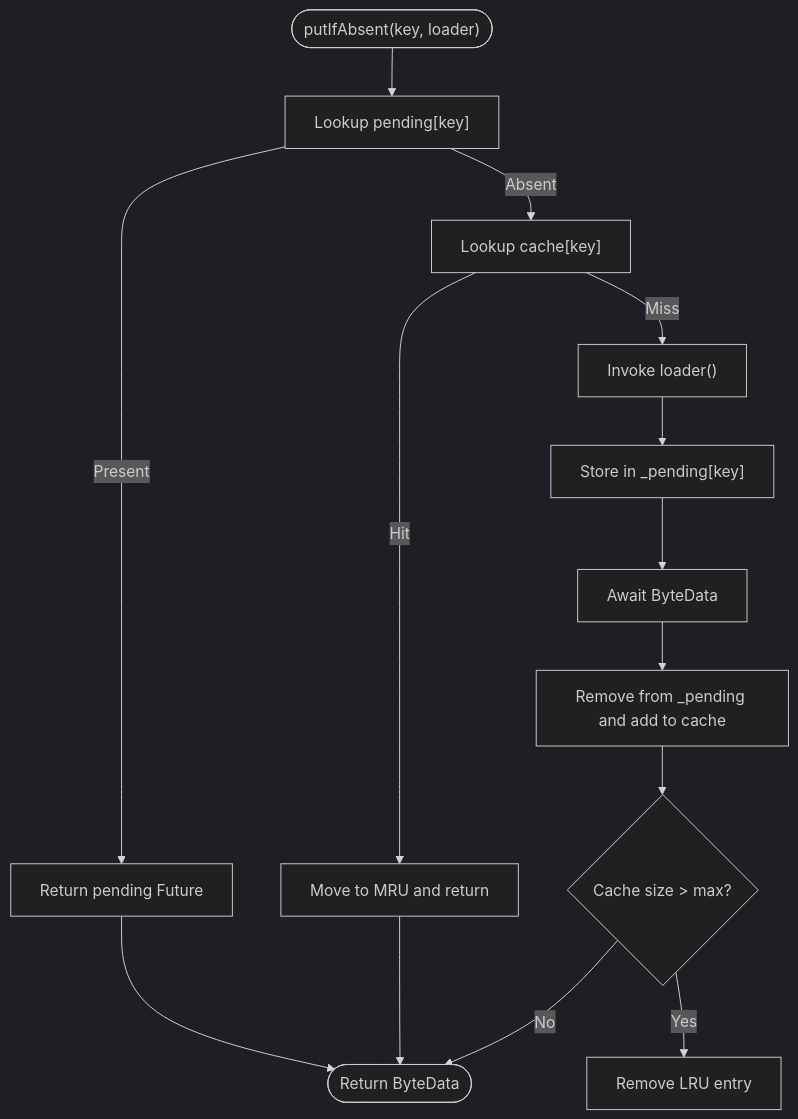
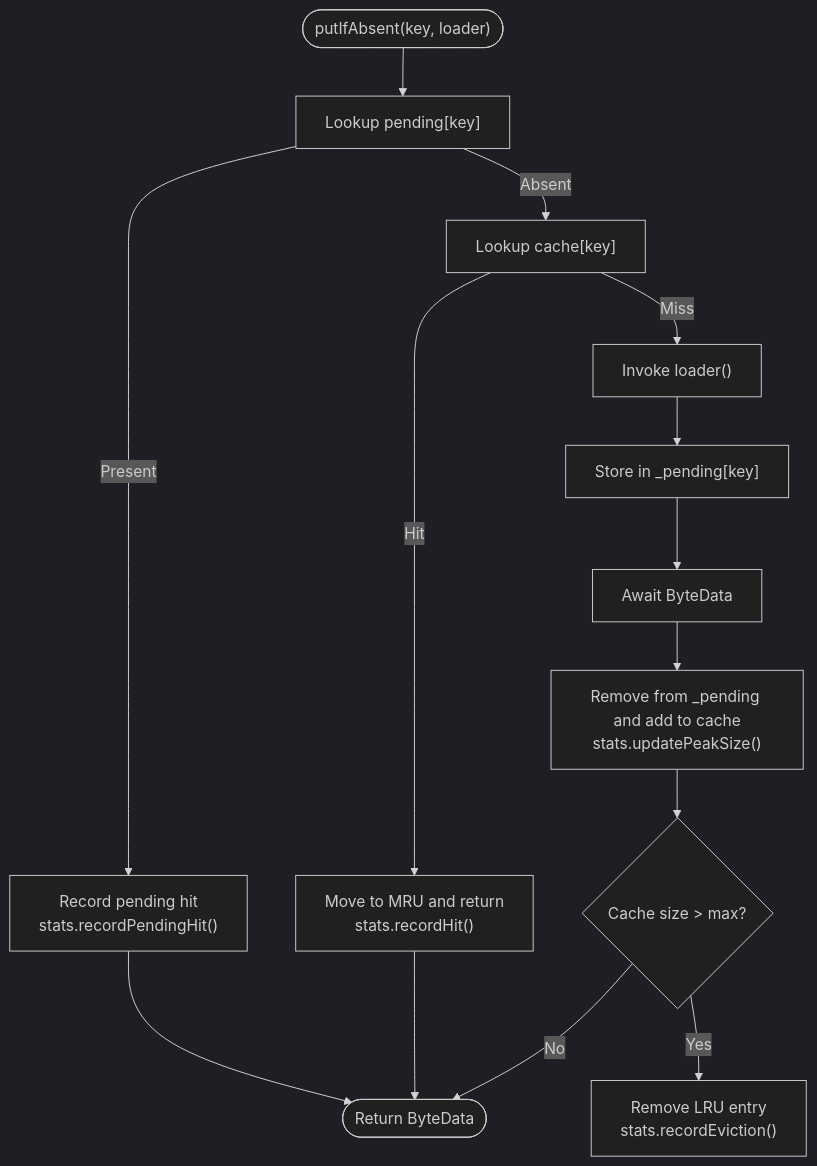
Before and after one commit to denisnadey/flutter_full_svg_support: the third of 12 diagrams in .qoder/repowiki/en/content/Static SVG Rendering/Performance Optimization.md, drawn with Mermaid (dark theme). The commit also changed other lines of this file and 65 other files, not shown here.

````diff
--- a/.qoder/repowiki/en/content/Static SVG Rendering/Performance Optimization.md
+++ b/.qoder/repowiki/en/content/Static SVG Rendering/Performance Optimization.md
@@ -151,16 +172,16 @@
 ```mermaid
 flowchart TD
 Start(["putIfAbsent(key, loader)"]) --> CheckPending["Lookup pending[key]"]
-CheckPending --> |Present| ReturnPending["Return pending Future"]
+CheckPending --> |Present| RecordPending["Record pending hit<br/>stats.recordPendingHit()"]
 CheckPending --> |Absent| CheckCache["Lookup cache[key]"]
-CheckCache --> |Hit| MoveMRU["Move to MRU and return"]
+CheckCache --> |Hit| MoveMRU["Move to MRU and return<br/>stats.recordHit()"]
 CheckCache --> |Miss| CallLoader["Invoke loader()"]
 CallLoader --> TrackPending["Store in _pending[key]"]
 TrackPending --> Await["Await ByteData"]
-Await --> StoreCache["Remove from _pending and add to cache"]
+Await --> StoreCache["Remove from _pending and add to cache<br/>stats.updatePeakSize()"]
 StoreCache --> EvictIfNeeded{"Cache size > max?"}
-EvictIfNeeded --> |Yes| Evict["Remove LRU entry"]
+EvictIfNeeded --> |Yes| Evict["Remove LRU entry<br/>stats.recordEviction()"]
 EvictIfNeeded --> |No| Done(["Return ByteData"])
 MoveMRU --> Done
-ReturnPending --> Done
+RecordPending --> Done
 ```
````
